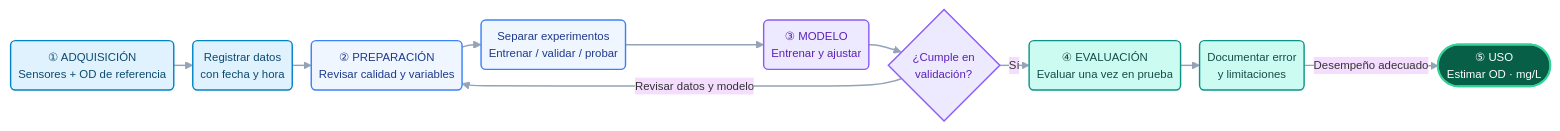
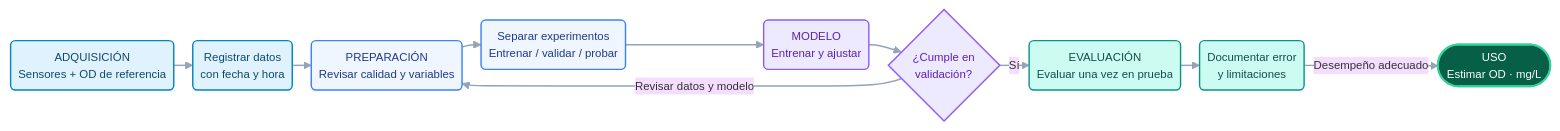
The diagram in README.md (Marco404-Dev/PI_Equipo_09), drawn with Mermaid before and after one commit.

````diff
--- a/README.md
+++ b/README.md
@@ -297,32 +297,32 @@
 ```mermaid
 %%{init: {"theme": "base", "themeVariables": {"fontSize": "12px"}, "flowchart": {"nodeSpacing": 15, "rankSpacing": 20, "padding": 8}}}%%
 flowchart LR
-    A("① ADQUISICIÓN<br/>Sensores + OD de referencia")
+    A("ADQUISICIÓN<br/>Sensores + OD de referencia")
     B("Registrar datos<br/>con fecha y hora")
-    C("② PREPARACIÓN<br/>Revisar calidad y variables")
+    C("PREPARACIÓN<br/>Revisar calidad y variables")
     D("Separar experimentos<br/>Entrenar / validar / probar")
-    E("③ MODELO<br/>Entrenar y ajustar")
+    E("MODELO<br/>Entrenar y ajustar")
     F{"¿Cumple en<br/>validación?"}
-    G("④ EVALUACIÓN<br/>Evaluar una vez en prueba")
+    G("EVALUACIÓN<br/>Evaluar una vez en prueba")
     H("Documentar error<br/>y limitaciones")
-    I(["⑤ USO<br/>Estimar OD · mg/L"])
+    I(["USO<br/>Estimar OD · mg/L"])
 
     A --> B --> C --> D --> E --> F
     F -- Revisar datos y modelo --> C
     F -- Sí --> G --> H
     H -- Desempeño adecuado --> I
 
     classDef datos fill:#E0F2FE,stroke:#0284C7,color:#0C4A6E,stroke-width:1.5px;
     classDef preparacion fill:#EFF6FF,stroke:#3B82F6,color:#1E3A8A,stroke-width:1.5px;
     classDef modelo fill:#EDE9FE,stroke:#8B5CF6,color:#5B21B6,stroke-width:1.5px;
     classDef evaluacion fill:#CCFBF1,stroke:#0D9488,color:#134E4A,stroke-width:1.5px;
     classDef resultado fill:#065F46,stroke:#34D399,color:#FFFFFF,stroke-width:2px;
 
     class A,B datos;
     class C,D preparacion;
     class E,F modelo;
     class G,H evaluacion;
     class I resultado;
 
     linkStyle default stroke:#94A3B8,stroke-width:1.5px;
 ```
````
